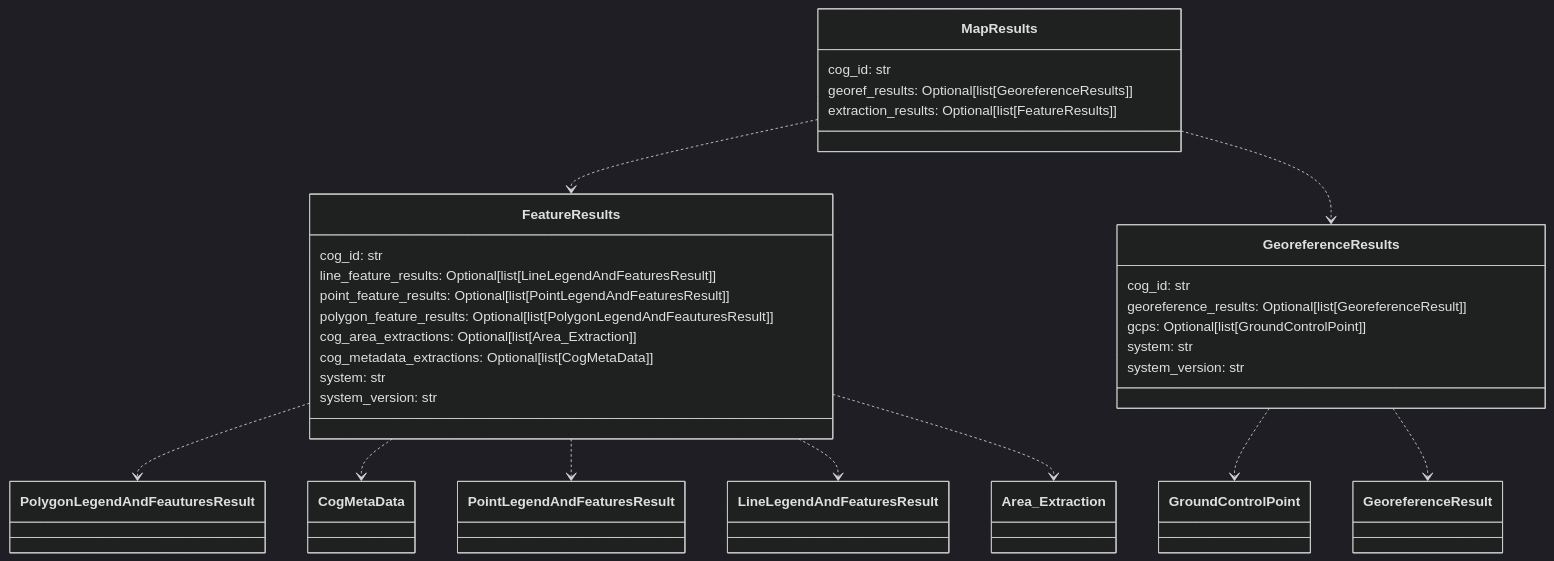
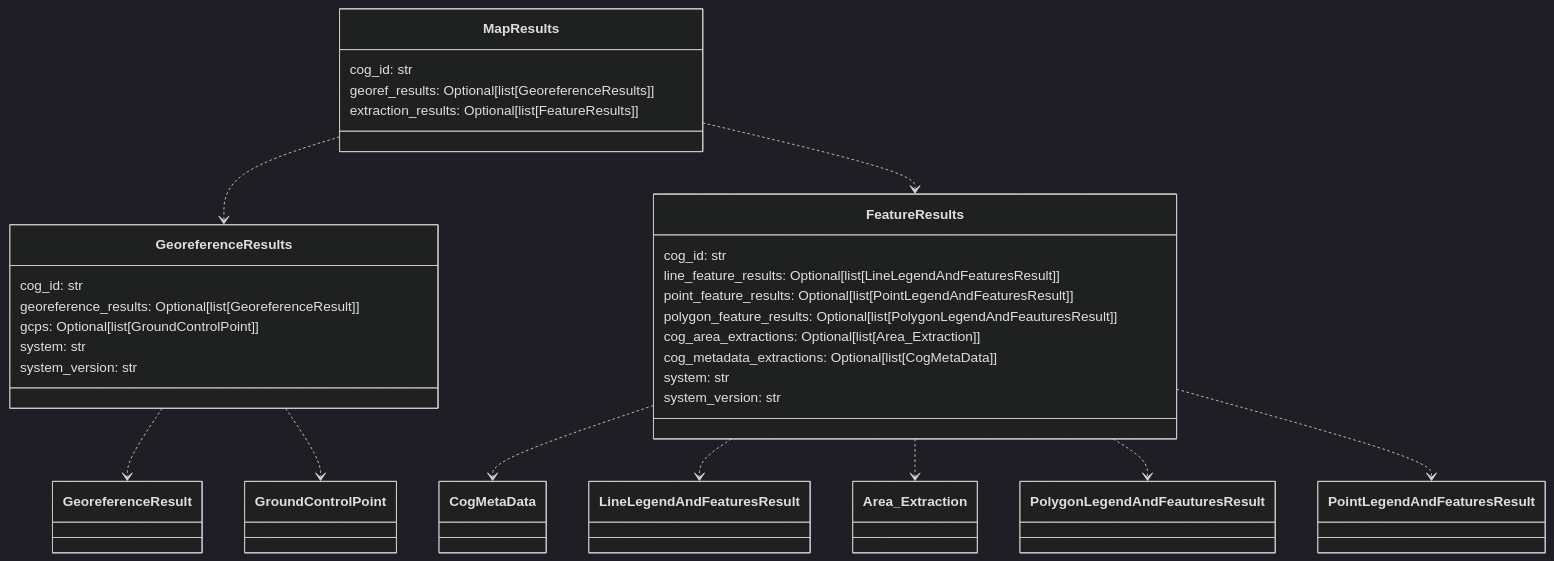
One commit to DARPA-CRITICALMAAS/cdr_schemas changed diagram 11 of 12 in README.md. Above: the diagram before and after it, drawn with Mermaid (dark theme). The commit also changed other lines of this file, not shown here.

````diff
--- a/README.md
+++ b/README.md
@@ -864,40 +863,40 @@
 ```mermaid
 classDiagram
 
-    class MapResults {
+    class GeoreferenceResults {
         cog_id: str
-        georef_results: Optional[list[GeoreferenceResults]]
-        extraction_results: Optional[list[FeatureResults]]
+        georeference_results: Optional[list[GeoreferenceResult]]
+        gcps: Optional[list[GroundControlPoint]]
+        system: str
+        system_version: str
     }
 
     class FeatureResults {
         cog_id: str
         line_feature_results: Optional[list[LineLegendAndFeaturesResult]]
         point_feature_results: Optional[list[PointLegendAndFeaturesResult]]
         polygon_feature_results: Optional[list[PolygonLegendAndFeauturesResult]]
         cog_area_extractions: Optional[list[Area_Extraction]]
         cog_metadata_extractions: Optional[list[CogMetaData]]
         system: str
         system_version: str
     }
 
-    class GeoreferenceResults {
+    class MapResults {
         cog_id: str
-        georeference_results: Optional[list[GeoreferenceResult]]
-        gcps: Optional[list[GroundControlPoint]]
-        system: str
-        system_version: str
+        georef_results: Optional[list[GeoreferenceResults]]
+        extraction_results: Optional[list[FeatureResults]]
     }
 
-    FeatureResults ..> PolygonLegendAndFeauturesResult
     FeatureResults ..> CogMetaData
-    FeatureResults ..> PointLegendAndFeaturesResult
     FeatureResults ..> LineLegendAndFeaturesResult
     FeatureResults ..> Area_Extraction
+    FeatureResults ..> PolygonLegendAndFeauturesResult
+    FeatureResults ..> PointLegendAndFeaturesResult
+    GeoreferenceResults ..> GeoreferenceResult
     GeoreferenceResults ..> GroundControlPoint
-    GeoreferenceResults ..> GeoreferenceResult
+    MapResults ..> GeoreferenceResults
     MapResults ..> FeatureResults
-    MapResults ..> GeoreferenceResults
 
 
 ```
````
